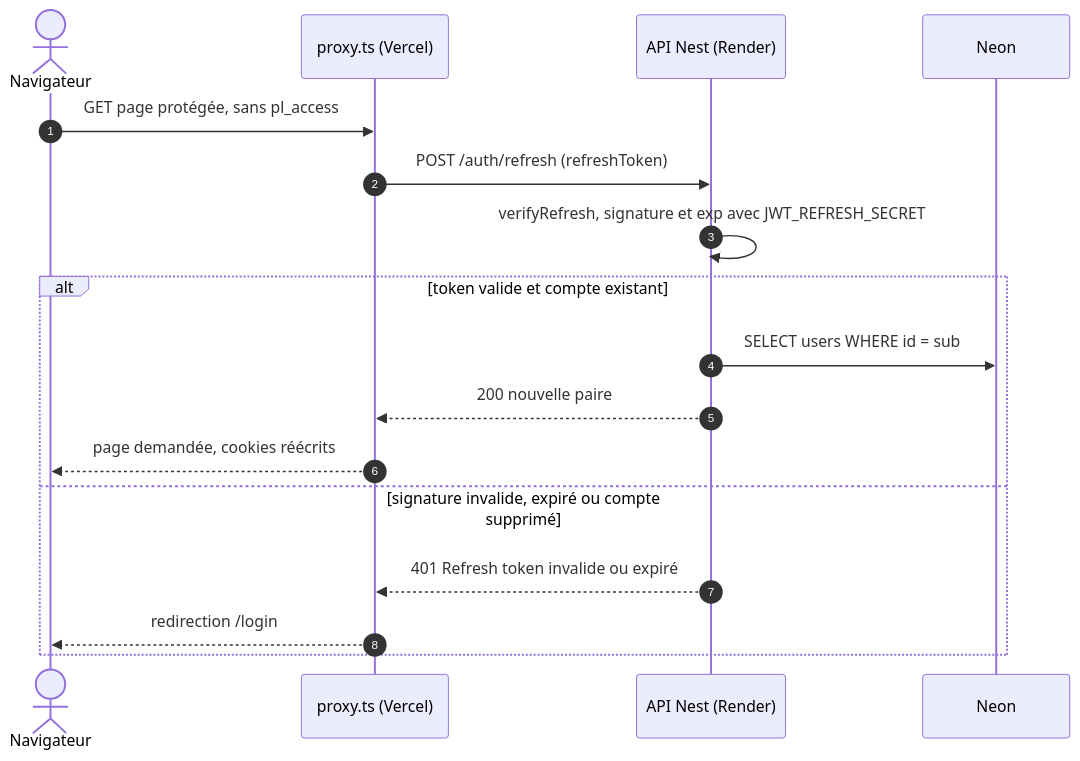
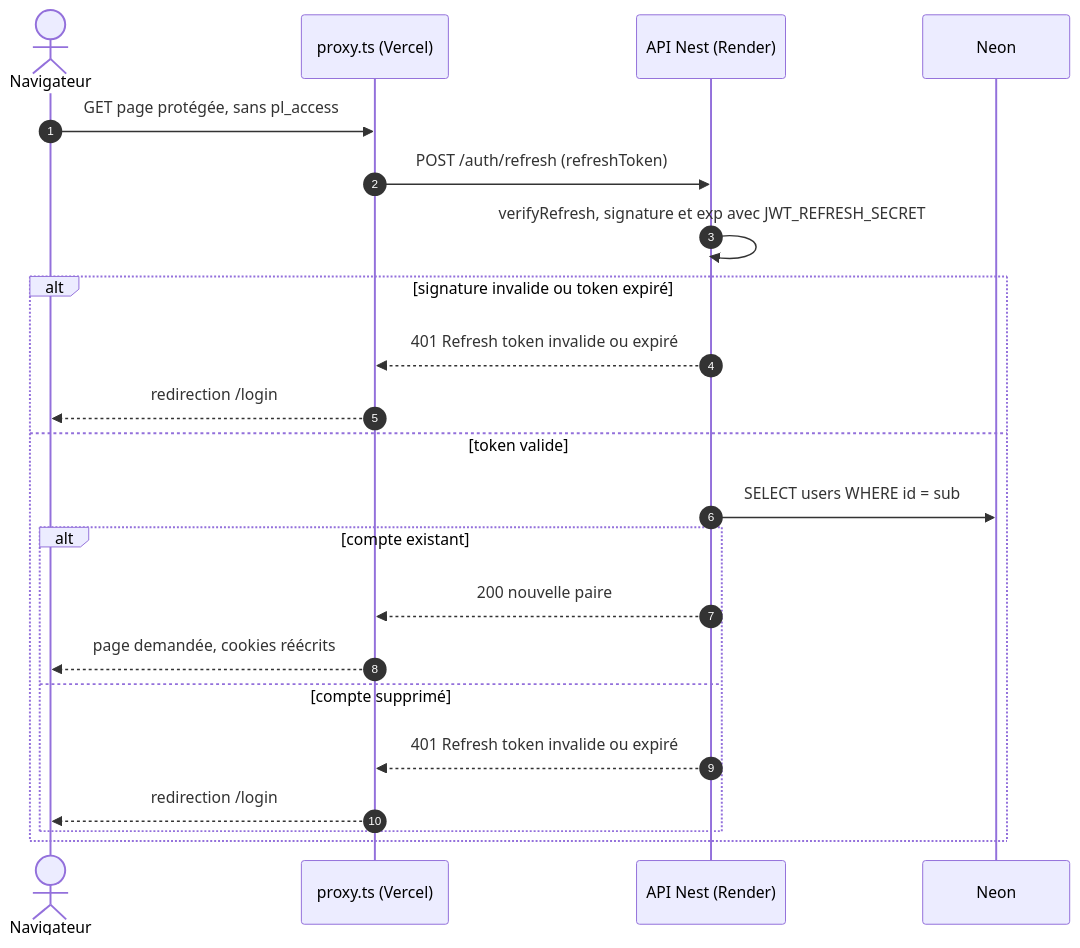
One commit to KylianGERMAIN/prepalist_api changed the second of 6 diagrams in docs/flows.md. Above: the diagram before and after it, drawn with Mermaid. The commit also changed other lines of this file and 10 other files, not shown here.

Commit message:
docs(architecture): address review, cite symbols instead of lines

````diff
--- a/docs/flows.md
+++ b/docs/flows.md
@@ -41,20 +41,25 @@
 ```mermaid
 sequenceDiagram
     autonumber
     actor U as Navigateur
     participant P as proxy.ts (Vercel)
     participant A as API Nest (Render)
     participant DB as Neon
 
     U->>P: GET page protégée, sans pl_access
     P->>A: POST /auth/refresh (refreshToken)
     A->>A: verifyRefresh, signature et exp avec JWT_REFRESH_SECRET
-    alt token valide et compte existant
-        A->>DB: SELECT users WHERE id = sub
-        A-->>P: 200 nouvelle paire
-        P-->>U: page demandée, cookies réécrits
-    else signature invalide, expiré ou compte supprimé
+    alt signature invalide ou token expiré
         A-->>P: 401 Refresh token invalide ou expiré
         P-->>U: redirection /login
+    else token valide
+        A->>DB: SELECT users WHERE id = sub
+        alt compte existant
+            A-->>P: 200 nouvelle paire
+            P-->>U: page demandée, cookies réécrits
+        else compte supprimé
+            A-->>P: 401 Refresh token invalide ou expiré
+            P-->>U: redirection /login
+        end
     end
 ```
````
